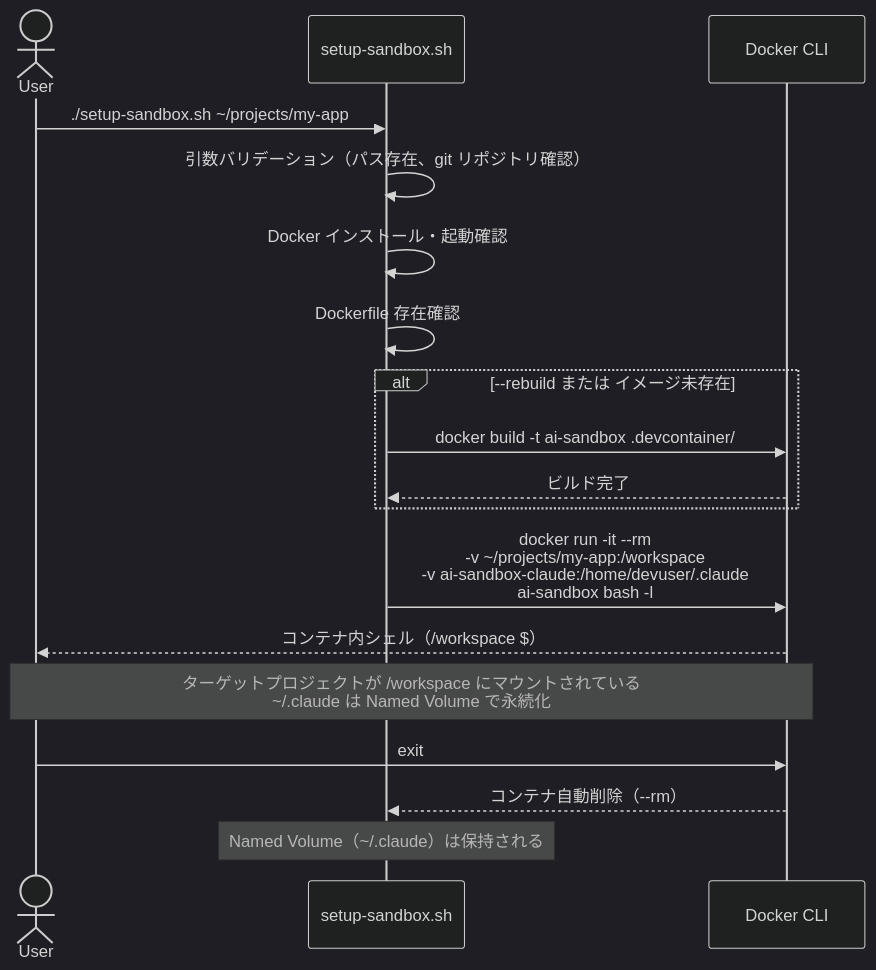
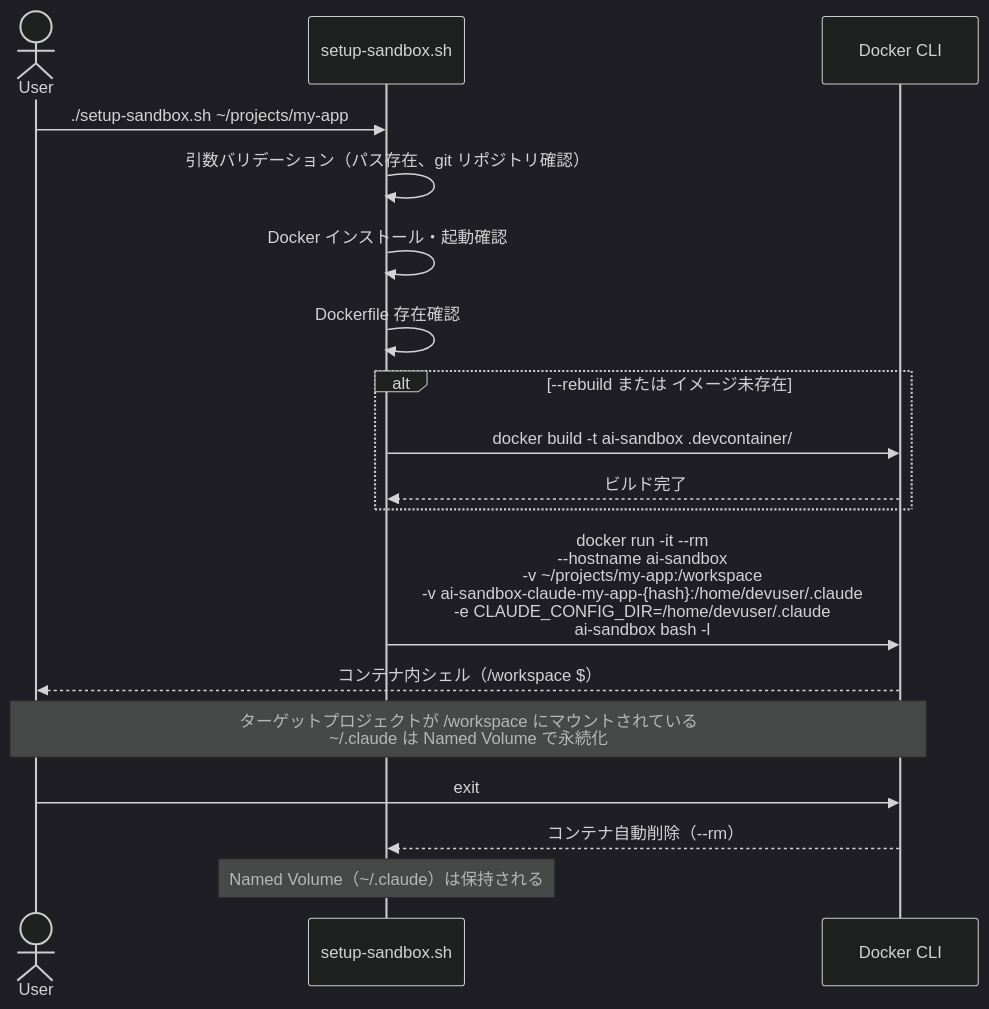
The third of 5 diagrams in specs/design/DES-001_ai_sandbox_design.md (BlueEventHorizon/AI-Sandbox), drawn with Mermaid (dark theme) before and after one commit. The commit also changed other lines of this file and 3 other files, not shown here.

````diff
--- a/specs/design/DES-001_ai_sandbox_design.md
+++ b/specs/design/DES-001_ai_sandbox_design.md
@@ -185,23 +185,23 @@
 ```mermaid
 sequenceDiagram
     actor User
     participant Script as setup-sandbox.sh
     participant Docker as Docker CLI
 
     User->>Script: ./setup-sandbox.sh ~/projects/my-app
     Script->>Script: 引数バリデーション（パス存在、git リポジトリ確認）
     Script->>Script: Docker インストール・起動確認
     Script->>Script: Dockerfile 存在確認
 
     alt --rebuild または イメージ未存在
         Script->>Docker: docker build -t ai-sandbox .devcontainer/
         Docker-->>Script: ビルド完了
     end
 
-    Script->>Docker: docker run -it --rm<br>-v ~/projects/my-app:/workspace<br>-v ai-sandbox-claude:/home/devuser/.claude<br>ai-sandbox bash -l
+    Script->>Docker: docker run -it --rm<br>--hostname ai-sandbox<br>-v ~/projects/my-app:/workspace<br>-v ai-sandbox-claude-my-app-{hash}:/home/devuser/.claude<br>-e CLAUDE_CONFIG_DIR=/home/devuser/.claude<br>ai-sandbox bash -l
     Docker-->>User: コンテナ内シェル（/workspace $）
     Note over User,Docker: ターゲットプロジェクトが /workspace にマウントされている<br>~/.claude は Named Volume で永続化
     User->>Docker: exit
     Docker-->>Script: コンテナ自動削除（--rm）
     Note over Script: Named Volume（~/.claude）は保持される
 ```
````
